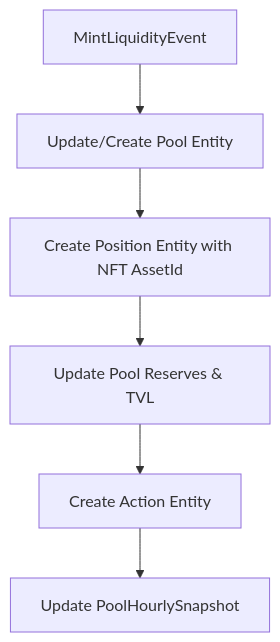
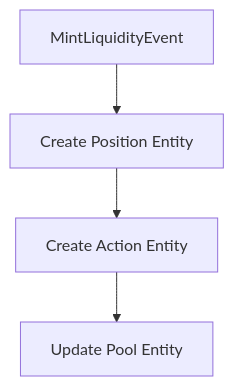
Before and after one commit to mira-amm/mira-amm-web: the first of 6 diagrams in docs/v2-event-flowcharts.md, drawn with Mermaid. The commit also changed other lines of this file and 1 other file, not shown here.

````diff
--- a/docs/v2-event-flowcharts.md
+++ b/docs/v2-event-flowcharts.md
@@ -29,8 +28,6 @@
 ```mermaid
 graph TD
-    A[MintLiquidityEvent] --> B[Update/Create Pool Entity]
-    B --> C[Create Position Entity with NFT AssetId]
-    C --> D[Update Pool Reserves & TVL]
-    D --> E[Create Action Entity]
-    E --> F[Update PoolHourlySnapshot]
+    A[MintLiquidityEvent] --> B[Create Position Entity]
+    B --> C[Create Action Entity]
+    C --> D[Update Pool Entity]
 ```
````
